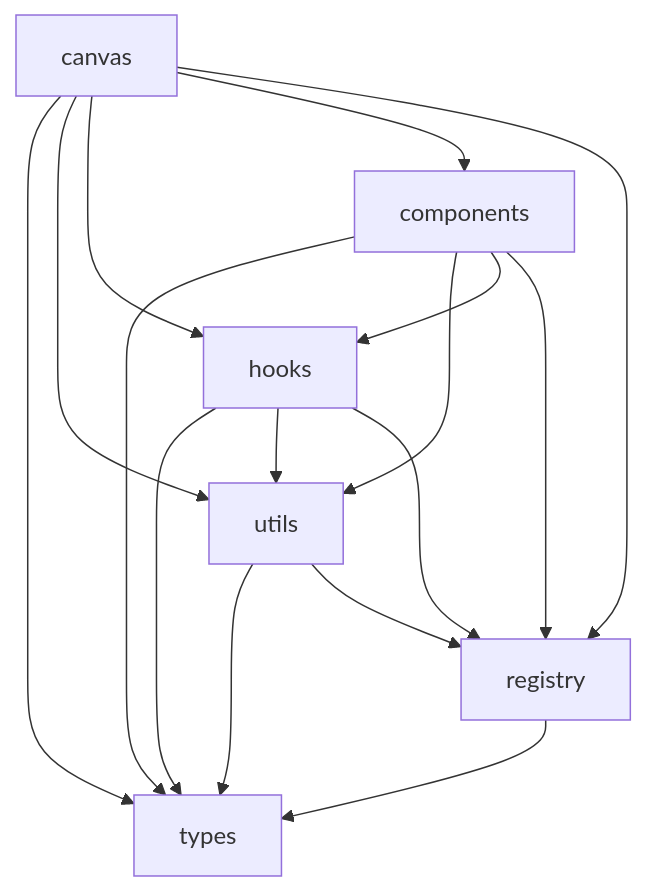
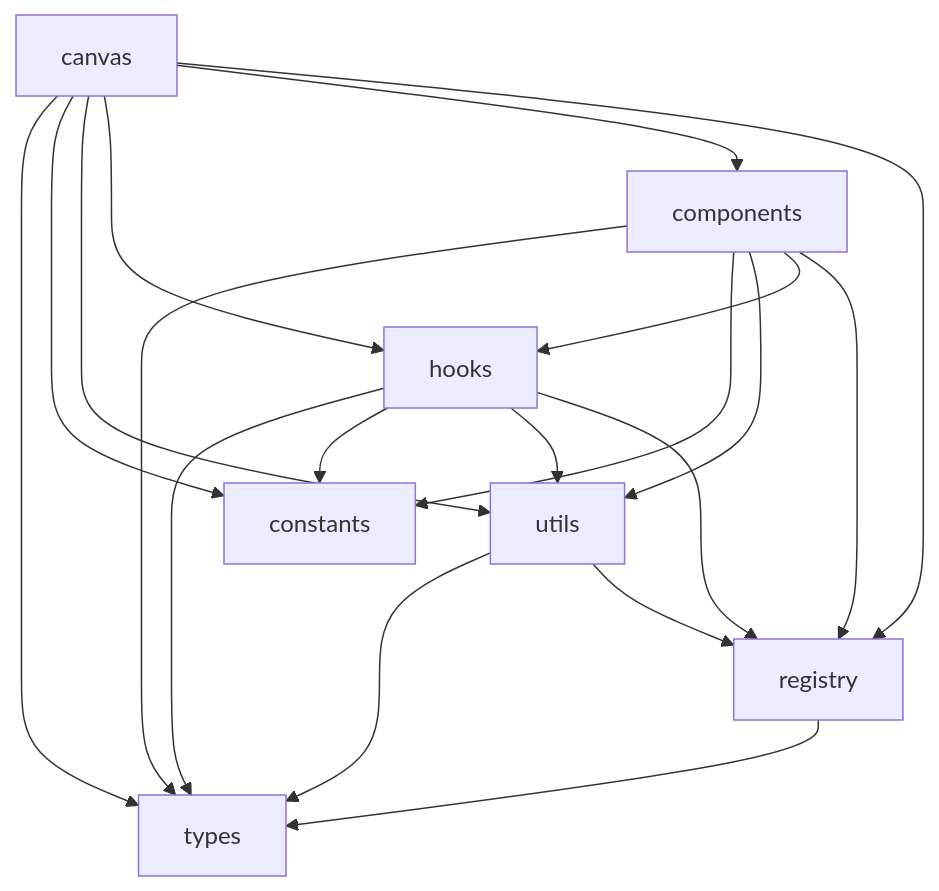
One commit to gznnk/json-draw-prealph changed the first of 3 diagrams in src/features/svg-canvas/SVG_CANVAS_DEPENDENCY_RULES.md. Above: the diagram before and after it, drawn with Mermaid. The commit also changed 19 other files, not shown here.

````diff
--- a/src/features/svg-canvas/SVG_CANVAS_DEPENDENCY_RULES.md
+++ b/src/features/svg-canvas/SVG_CANVAS_DEPENDENCY_RULES.md
@@ -4,18 +4,21 @@
 ```mermaid
 graph TD
     registry --> types
     utils --> types
     utils --> registry
     hooks --> types
+    hooks --> constants
     hooks --> utils
     hooks --> registry
     components --> types
+    components --> constants
     components --> utils
     components --> hooks
     components --> registry
     canvas --> types
+    canvas --> constants
     canvas --> utils
     canvas --> hooks
     canvas --> components
     canvas --> registry
 ```
````
